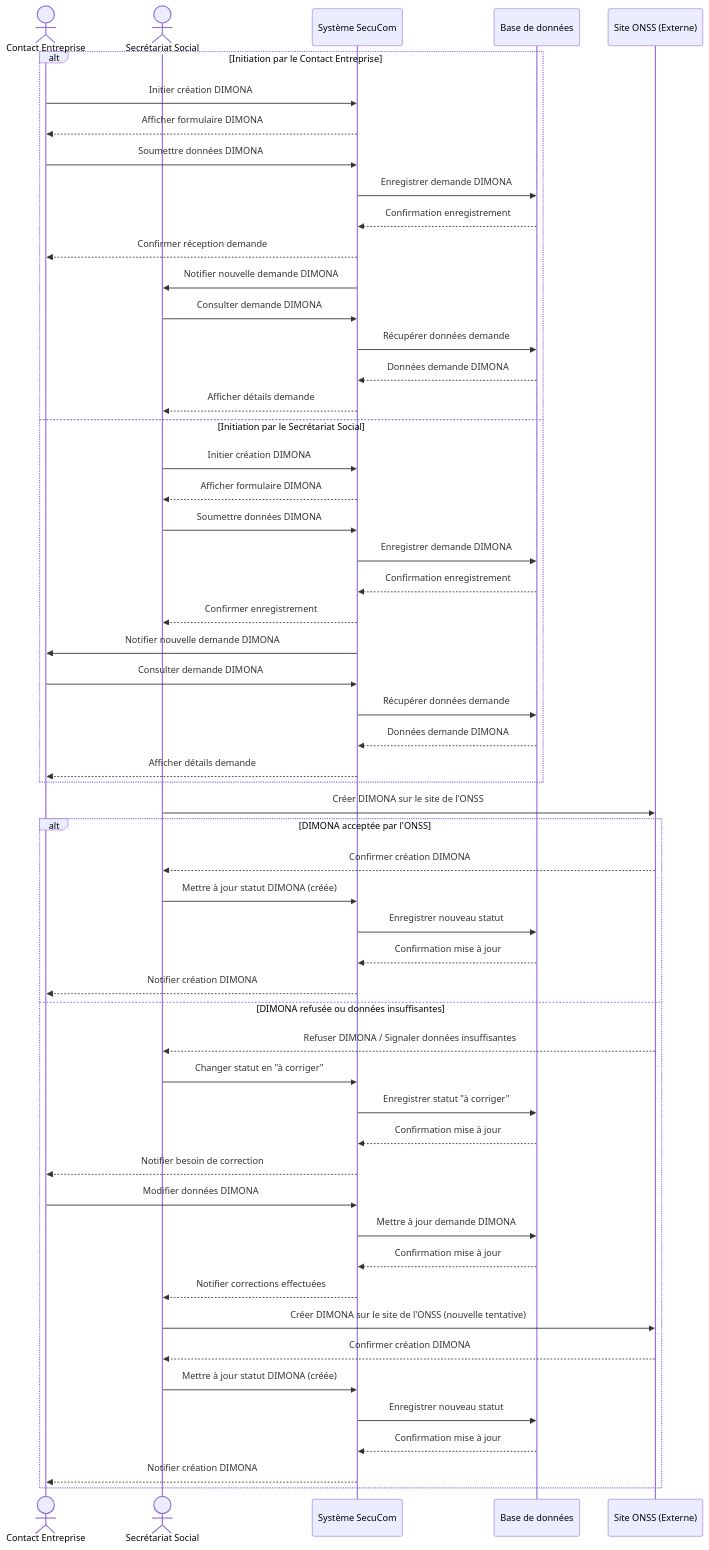
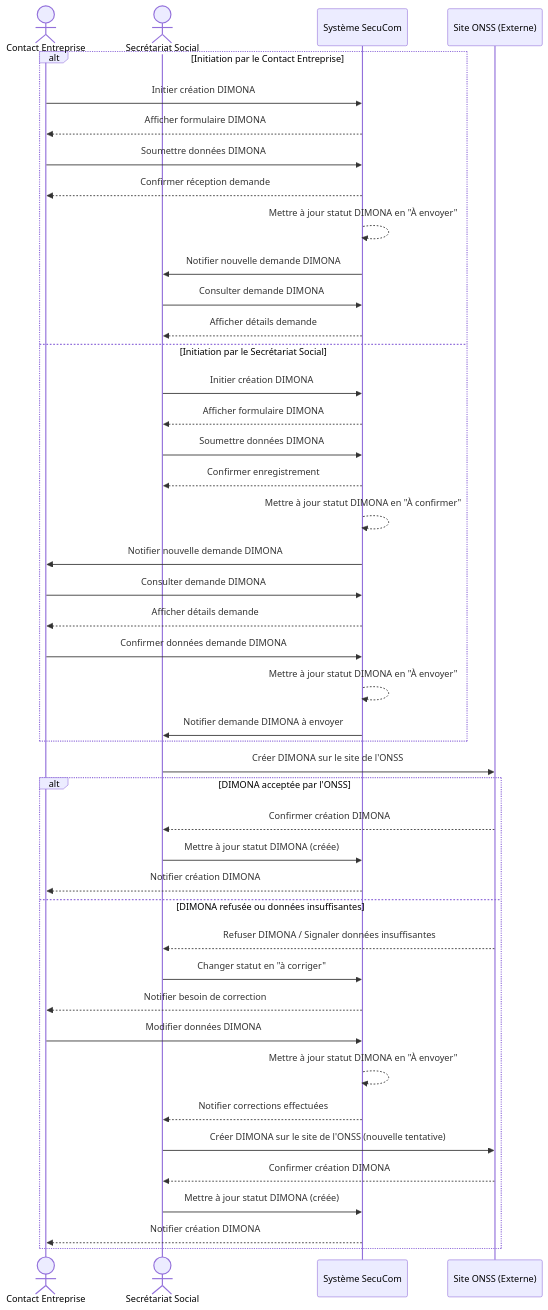
One commit to Medinhoo/SecuCom_BACKEND changed the sixth of 6 diagrams in diagrammes_mermaid.md. Above: the diagram before and after it, drawn with Mermaid. The commit also changed other lines of this file and 10 other files, not shown here.

Commit message:
TFE: chapitre 6 total refacto + corrections diagrammes

````diff
--- a/diagrammes_mermaid.md
+++ b/diagrammes_mermaid.md
@@ -479,68 +468,59 @@
 ```mermaid
 sequenceDiagram
     actor CE as Contact Entreprise
     actor SS as Secrétariat Social
     participant Sys as Système SecuCom
-    participant DB as Base de données
     participant ONSS as Site ONSS (Externe)
     
     alt Initiation par le Contact Entreprise
         CE->>Sys: Initier création DIMONA
         Sys-->>CE: Afficher formulaire DIMONA
         CE->>Sys: Soumettre données DIMONA
-        Sys->>DB: Enregistrer demande DIMONA
-        DB-->>Sys: Confirmation enregistrement
         Sys-->>CE: Confirmer réception demande
+        Sys-->>Sys: Mettre à jour statut DIMONA en "À envoyer"
         
         Sys->>SS: Notifier nouvelle demande DIMONA
         SS->>Sys: Consulter demande DIMONA
-        Sys->>DB: Récupérer données demande
-        DB-->>Sys: Données demande DIMONA
         Sys-->>SS: Afficher détails demande
+
         
     else Initiation par le Secrétariat Social
         SS->>Sys: Initier création DIMONA
         Sys-->>SS: Afficher formulaire DIMONA
         SS->>Sys: Soumettre données DIMONA
-        Sys->>DB: Enregistrer demande DIMONA
-        DB-->>Sys: Confirmation enregistrement
         Sys-->>SS: Confirmer enregistrement
         
+        Sys-->>Sys: Mettre à jour statut DIMONA en "À confirmer"
         Sys->>CE: Notifier nouvelle demande DIMONA
         CE->>Sys: Consulter demande DIMONA
-        Sys->>DB: Récupérer données demande
-        DB-->>Sys: Données demande DIMONA
         Sys-->>CE: Afficher détails demande
+        CE->>Sys: Confirmer données demande DIMONA
+        Sys-->>Sys: Mettre à jour statut DIMONA en "À envoyer"
+        Sys->>SS: Notifier demande DIMONA à envoyer
+
     end
     
     SS->>ONSS: Créer DIMONA sur le site de l'ONSS
     
     alt DIMONA acceptée par l'ONSS
         ONSS-->>SS: Confirmer création DIMONA
         
         SS->>Sys: Mettre à jour statut DIMONA (créée)
-        Sys->>DB: Enregistrer nouveau statut
-        DB-->>Sys: Confirmation mise à jour
         Sys-->>CE: Notifier création DIMONA
     else DIMONA refusée ou données insuffisantes
         ONSS-->>SS: Refuser DIMONA / Signaler données insuffisantes
         
         SS->>Sys: Changer statut en "à corriger"
-        Sys->>DB: Enregistrer statut "à corriger"
-        DB-->>Sys: Confirmation mise à jour
         Sys-->>CE: Notifier besoin de correction
         
         CE->>Sys: Modifier données DIMONA
-        Sys->>DB: Mettre à jour demande DIMONA
-        DB-->>Sys: Confirmation mise à jour
+        Sys-->>Sys: Mettre à jour statut DIMONA en "À envoyer"
         Sys-->>SS: Notifier corrections effectuées
         
         SS->>ONSS: Créer DIMONA sur le site de l'ONSS (nouvelle tentative)
         ONSS-->>SS: Confirmer création DIMONA
         
         SS->>Sys: Mettre à jour statut DIMONA (créée)
-        Sys->>DB: Enregistrer nouveau statut
-        DB-->>Sys: Confirmation mise à jour
         Sys-->>CE: Notifier création DIMONA
     end
 ```
````
